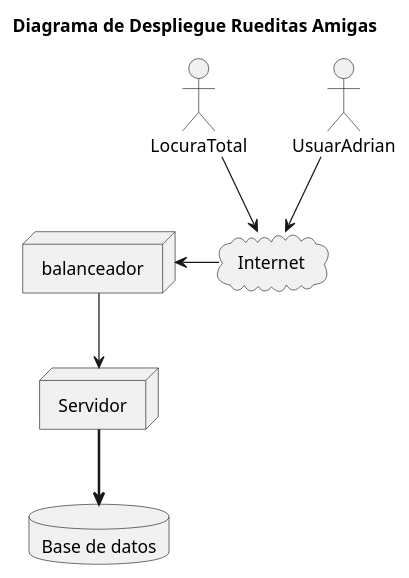
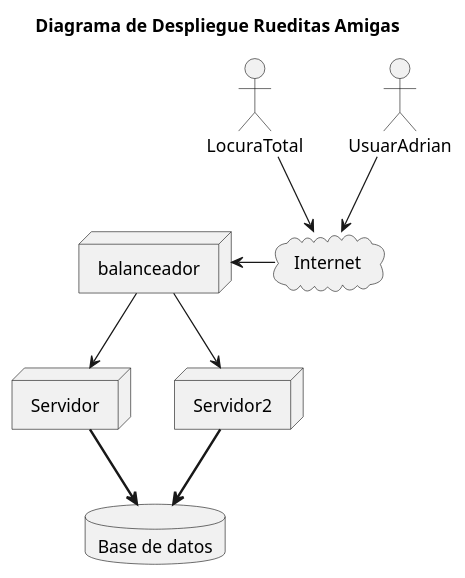
The diagram in diagrams/DiagramaDeDespliegue.puml (lrizzitano/RueditasAmigasDespliegue), drawn with PlantUML before and after one commit. The commit also changed 1 other file, not shown here.

```diff
--- a/diagrams/DiagramaDeDespliegue.puml
+++ b/diagrams/DiagramaDeDespliegue.puml
@@ -1,25 +1,28 @@
 @startuml
 'https://plantuml.com/deployment-diagram
 
 title Diagrama de Despliegue Rueditas Amigas
 
 actor "LocuraTotal"
 actor "UsuarAdrian"
 
 cloud "Internet"
 
 node "Servidor"
+node "Servidor2"
 node "balanceador"
 
 database "Base de datos"
 
 "UsuarAdrian" --> "Internet"
 "LocuraTotal" --> "Internet"
 
 "Internet" -l-> "balanceador"
 
 "Servidor" -[bold]-> "Base de datos"
+"Servidor2" -[bold]-> "Base de datos"
 
 "balanceador" --> "Servidor"
+"balanceador" --> "Servidor2"
 
 @enduml
```
